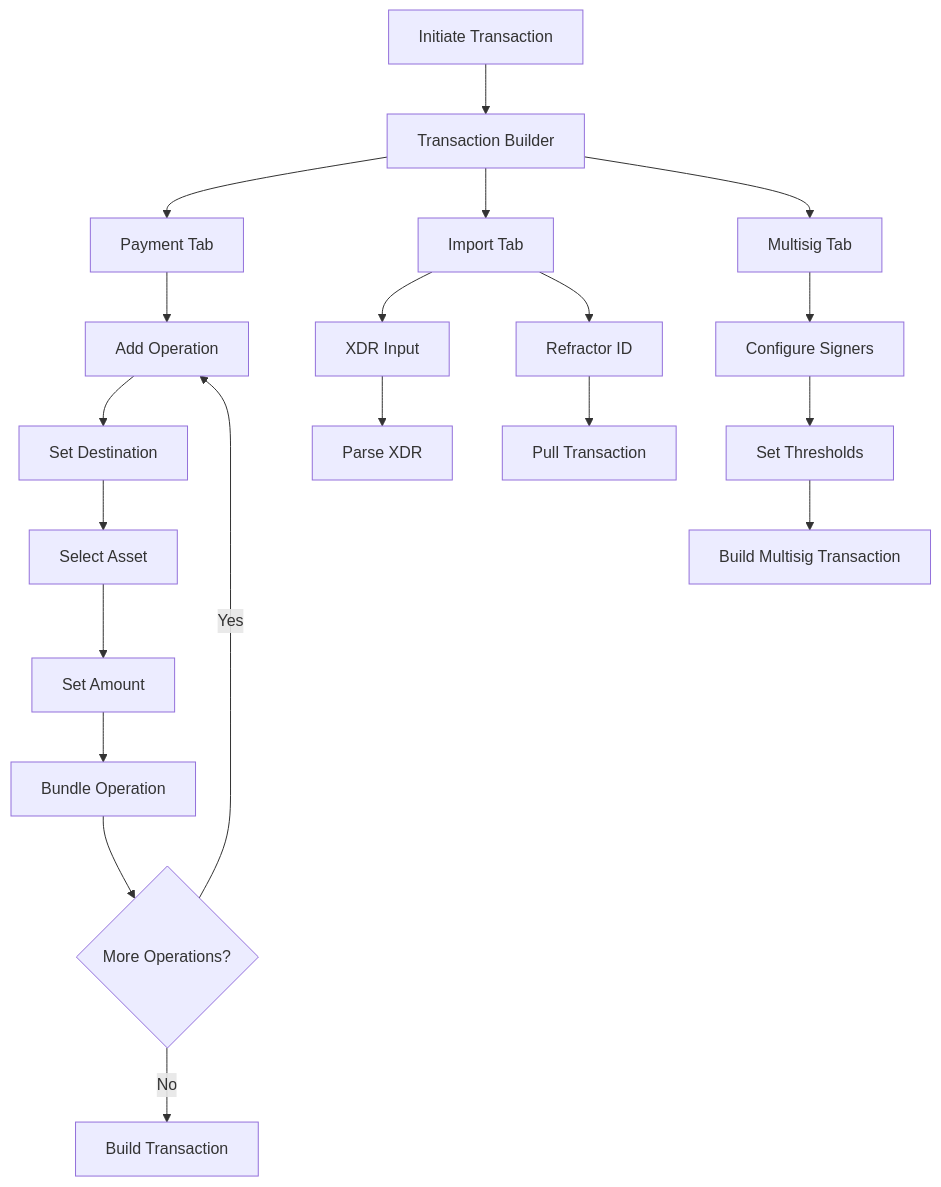
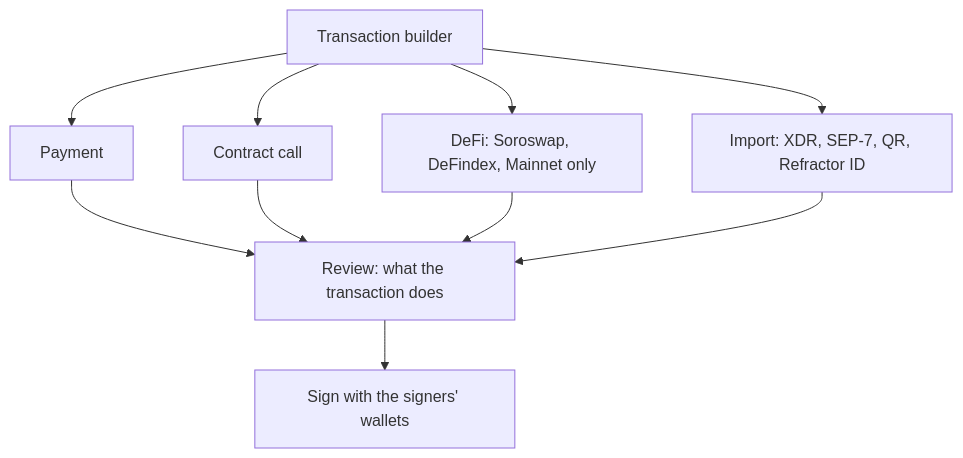
The second of 3 diagrams in USER_FLOWS.md (tupui/stellar-stratum), drawn with Mermaid before and after one commit. The commit also changed other lines of this file and 106 other files, not shown here.

````diff
--- a/USER_FLOWS.md
+++ b/USER_FLOWS.md
@@ -74,25 +34,12 @@
 ```mermaid
 flowchart TD
-  Start[Initiate Transaction] --> Builder[Transaction Builder]
-  Builder --> Payment[Payment Tab]
-  Builder --> Import[Import Tab]
-  Builder --> Multisig[Multisig Tab]
-  
-  Payment --> AddOp[Add Operation]
-  AddOp --> Dest[Set Destination]
-  Dest --> Asset[Select Asset]
-  Asset --> Amount[Set Amount]
-  Amount --> Bundle[Bundle Operation]
-  Bundle --> MoreOps{More Operations?}
-  MoreOps -->|Yes| AddOp
-  MoreOps -->|No| Build[Build Transaction]
-  
-  Import --> XDR[XDR Input]
-  Import --> Refractor[Refractor ID]
-  XDR --> Parse[Parse XDR]
-  Refractor --> Pull[Pull Transaction]
-  
-  Multisig --> Config[Configure Signers]
-  Config --> Thresholds[Set Thresholds]
-  Thresholds --> BuildMultisig[Build Multisig Transaction]
+  Builder[Transaction builder] --> Payment[Payment]
+  Builder --> Contract[Contract call]
+  Builder --> DeFi[DeFi: Soroswap, DeFindex, Mainnet only]
+  Builder --> Import[Import: XDR, SEP-7, QR, Refractor ID]
+  Payment --> Review
+  Contract --> Review
+  DeFi --> Review
+  Import --> Review[Review: what the transaction does]
+  Review --> Sign[Sign with the signers' wallets]
 ```
````
